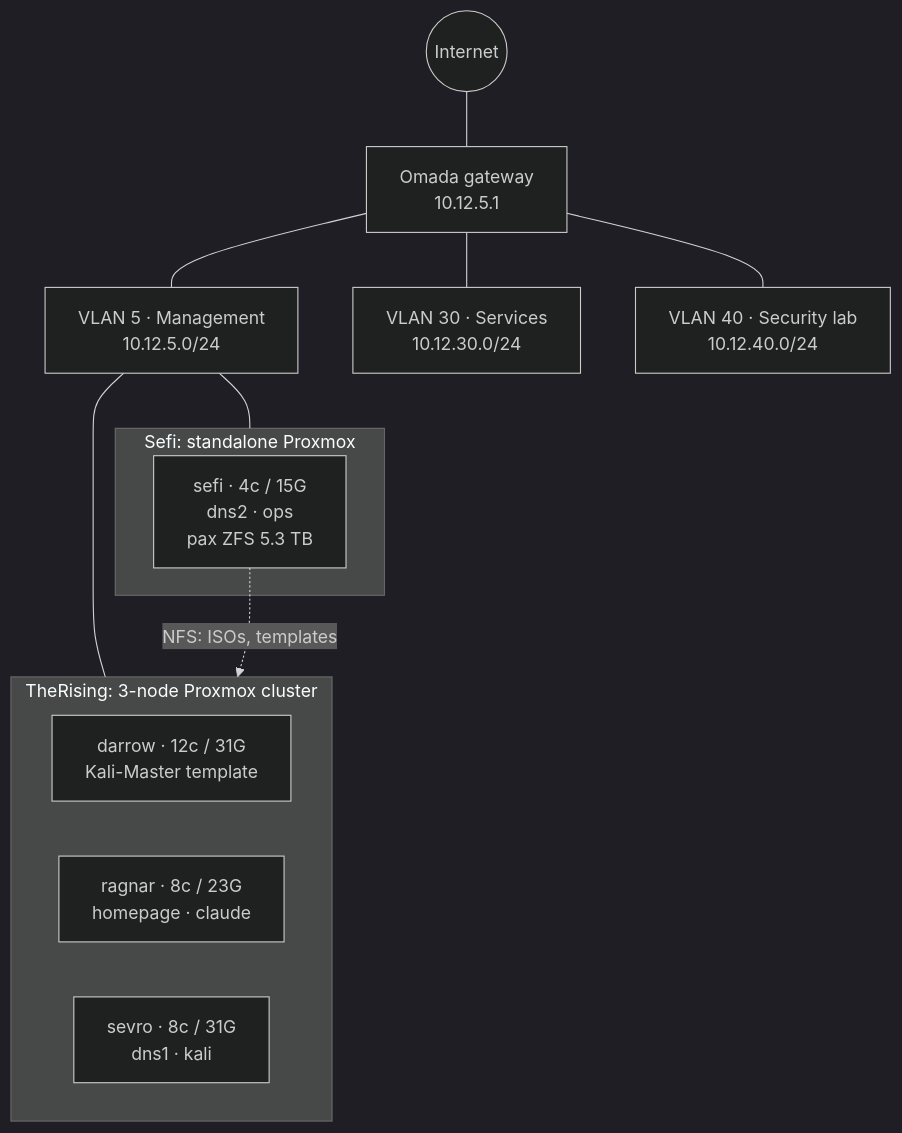
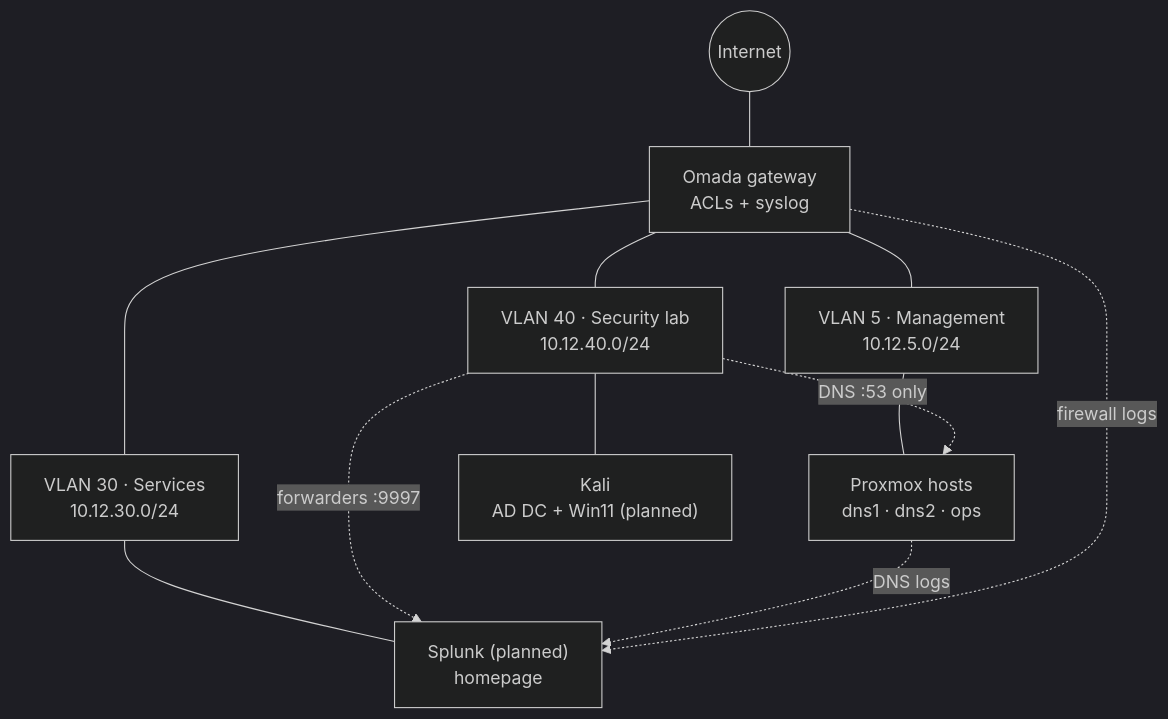
One commit to J-DeMarzo/enterprise-homelab changed the second of 2 diagrams in README.md. Above: the diagram before and after it, drawn with Mermaid (dark theme). The commit also changed other lines of this file and 9 other files, not shown here.

First line of the commit message:
Pivot roadmap to SOC workflow with Splunk (ADR 0006)

````diff
--- a/README.md
+++ b/README.md
@@ -20,22 +28,17 @@
 ```mermaid
 flowchart TB
-    internet((Internet)) --- gw["Omada gateway<br/>10.12.5.1"]
+    internet((Internet)) --- gw["Omada gateway<br/>ACLs + syslog"]
 
     gw --- mgmt["VLAN 5 · Management<br/>10.12.5.0/24"]
     gw --- svc["VLAN 30 · Services<br/>10.12.30.0/24"]
-    gw --- sec["VLAN 40 · Security lab<br/>10.12.40.0/24"]
+    gw --- lab["VLAN 40 · Security lab<br/>10.12.40.0/24"]
 
-    subgraph rising["TheRising: 3-node Proxmox cluster"]
-        darrow["darrow · 12c / 31G<br/>Kali-Master template"]
-        ragnar["ragnar · 8c / 23G<br/>homepage · claude"]
-        sevro["sevro · 8c / 31G<br/>dns1 · kali"]
-    end
+    mgmt --- m1["Proxmox hosts<br/>dns1 · dns2 · ops"]
+    svc --- s1["Splunk (planned)<br/>homepage"]
+    lab --- l1["Kali<br/>AD DC + Win11 (planned)"]
 
-    subgraph sefi_site["Sefi: standalone Proxmox"]
-        sefi["sefi · 4c / 15G<br/>dns2 · ops<br/>pax ZFS 5.3 TB"]
-    end
-
-    mgmt --- rising
-    mgmt --- sefi_site
-    sefi -. "NFS: ISOs, templates" .-> rising
+    lab -. "forwarders :9997" .-> s1
+    lab -. "DNS :53 only" .-> m1
+    m1 -. "DNS logs" .-> s1
+    gw -. "firewall logs" .-> s1
 ```
````
